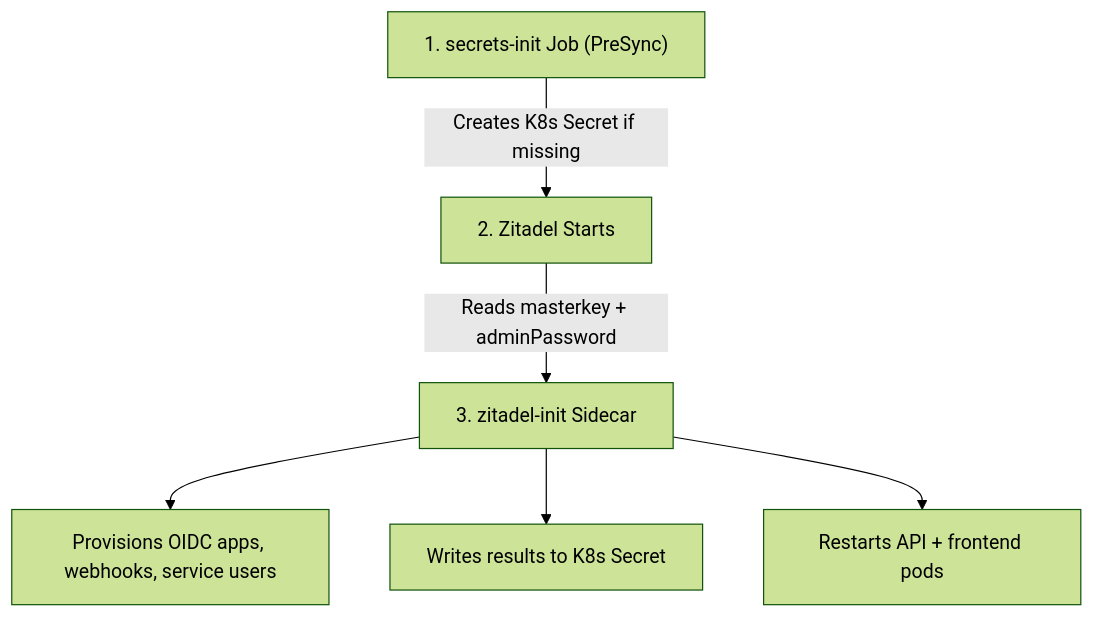
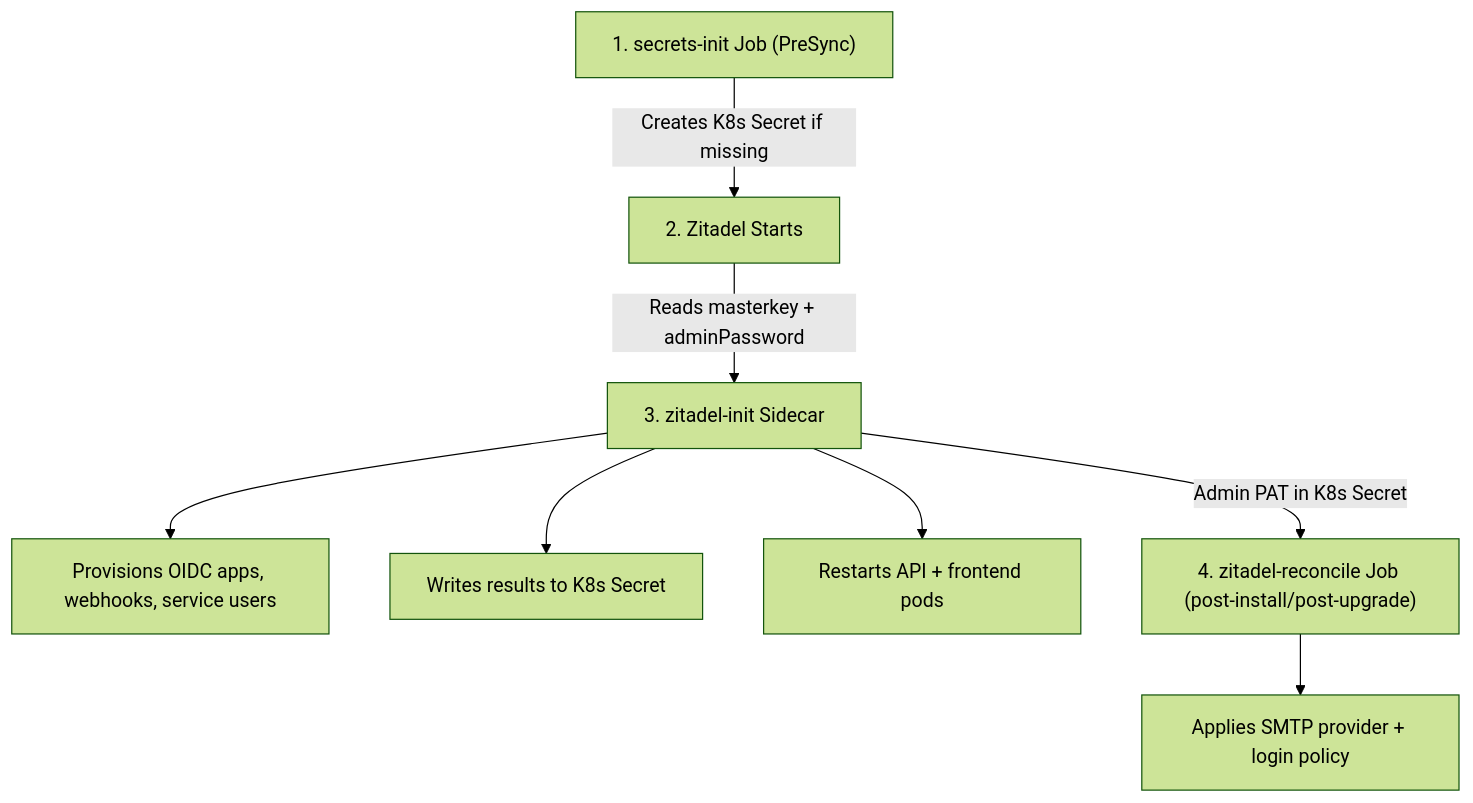
Before and after one commit to vhco-pro/stackweaver-frontend: the first of 2 diagrams in docs/user-guides/authentication/zitadel-setup.md, drawn with Mermaid (forest theme). The commit also changed other lines of this file and 30 other files, not shown here.

Commit message:
feat(auth): email-only code delivery, managed SMTP and sign-up policy, Go 1.27.2 (#835) (#213)

````diff
--- a/docs/user-guides/authentication/zitadel-setup.md
+++ b/docs/user-guides/authentication/zitadel-setup.md
@@ -36,8 +36,10 @@
 ```mermaid
 flowchart TD
     A["1. secrets-init Job (PreSync)"] -->|Creates K8s Secret if missing| B["2. Zitadel Starts"]
     B -->|Reads masterkey + adminPassword| C["3. zitadel-init Sidecar"]
     C --> D["Provisions OIDC apps, webhooks, service users"]
     C --> E["Writes results to K8s Secret"]
     C --> F["Restarts API + frontend pods"]
+    C -->|Admin PAT in K8s Secret| G["4. zitadel-reconcile Job (post-install/post-upgrade)"]
+    G --> H["Applies SMTP provider + login policy"]
 ```
````
